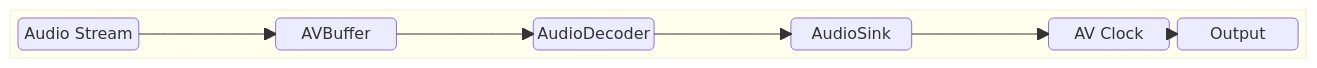
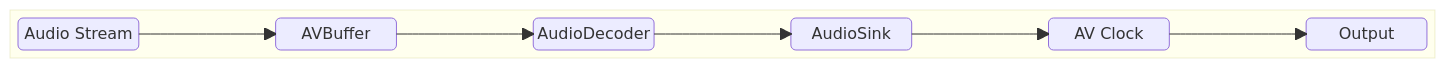
One commit to davidkoo-brcm/rdk-halif-aidl-test-avclock changed the first of 8 diagrams in docs/pages/avClock_High-Level-3_TestSpecification.md. Above: the diagram before and after it, drawn with Mermaid. The commit also changed other lines of this file, not shown here.

````diff
--- a/docs/pages/avClock_High-Level-3_TestSpecification.md
+++ b/docs/pages/avClock_High-Level-3_TestSpecification.md
@@ -77,11 +77,11 @@
 ```mermaid
 block-beta
     block:1
-        AudioStream("Audio Stream") space AVBuffer("AVBuffer") space AudioDecoder("AudioDecoder") space AudioSink("AudioSink") space AVClock("AV Clock")  Output("Output")
+        AudioStream("Audio Stream") space AVBuffer("AVBuffer") space AudioDecoder("AudioDecoder") space AudioSink("AudioSink") space AVClock("AV Clock") space Output("Output")
         AudioStream --> AVBuffer
         AVBuffer --> AudioDecoder
         AudioDecoder --> AudioSink
         AudioSink --> AVClock
         AVClock --> Output
     end
 ```
````
